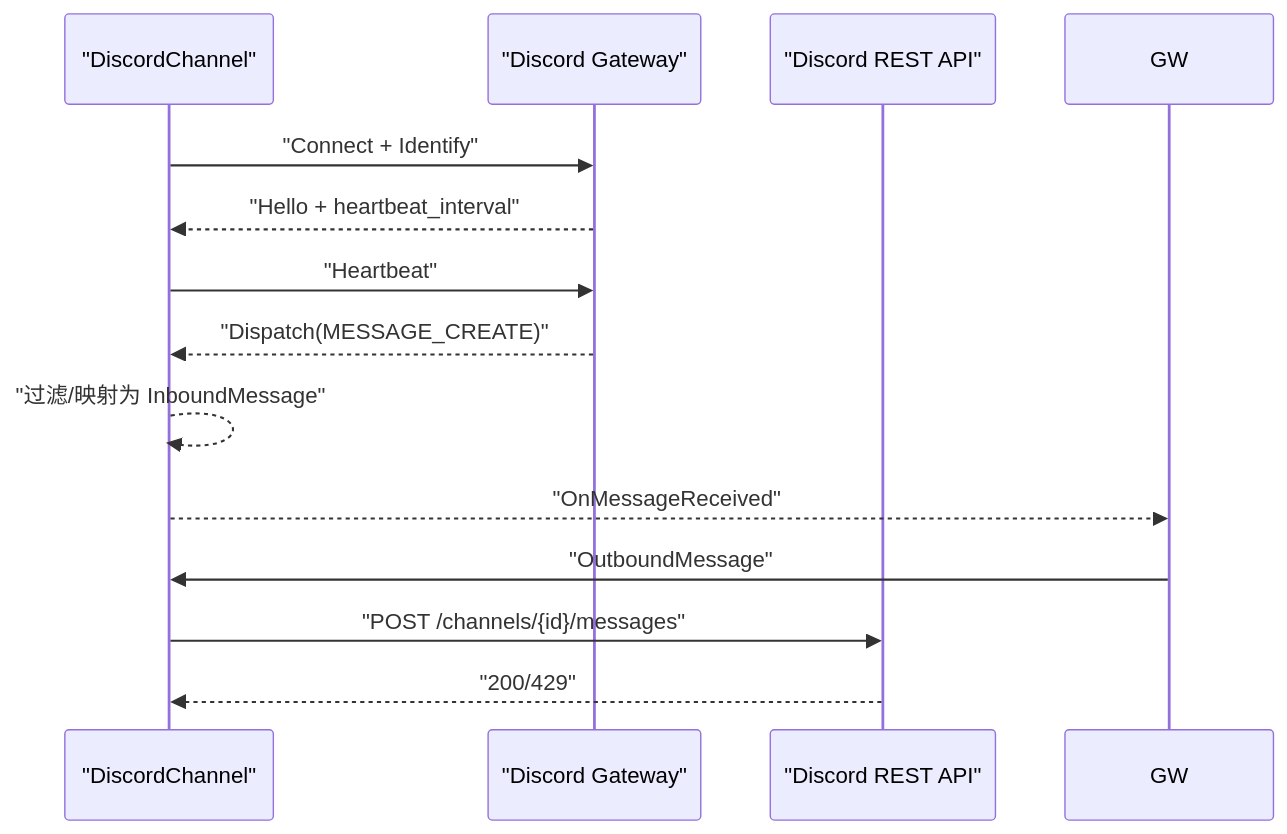
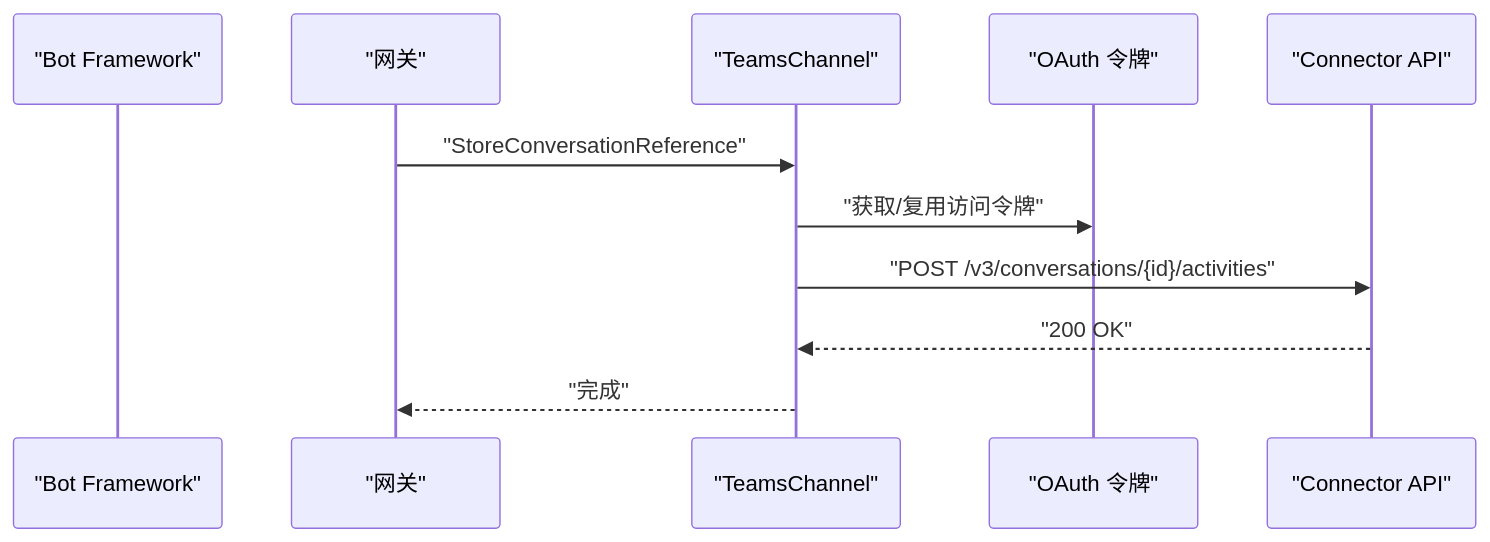
One commit to wayyet/kingcrab changed the seventh of 9 diagrams in .qoder/repowiki/zh/content/通信渠道/通信渠道.md. Above: the diagram before and after it, drawn with Mermaid. The commit also changed other lines of this file and 173 other files, not shown here.

````diff
--- a/.qoder/repowiki/zh/content/通信渠道/通信渠道.md
+++ b/.qoder/repowiki/zh/content/通信渠道/通信渠道.md
@@ -259,15 +270,13 @@
 ```mermaid
 sequenceDiagram
-participant DC as "DiscordChannel"
-participant WS as "Discord Gateway"
-participant API as "Discord REST API"
-DC->>WS : "Connect + Identify"
-WS-->>DC : "Hello + heartbeat_interval"
-DC->>WS : "Heartbeat"
-WS-->>DC : "Dispatch(MESSAGE_CREATE)"
-DC-->>DC : "过滤/映射为 InboundMessage"
-DC-->>GW : "OnMessageReceived"
-GW->>DC : "OutboundMessage"
-DC->>API : "POST /channels/{id}/messages"
-API-->>DC : "200/429"
+participant Teams as "Bot Framework"
+participant GW as "网关"
+participant TMCh as "TeamsChannel"
+participant Token as "OAuth 令牌"
+participant Conn as "Connector API"
+GW->>TMCh : "StoreConversationReference"
+TMCh->>Token : "获取/复用访问令牌"
+TMCh->>Conn : "POST /v3/conversations/{id}/activities"
+Conn-->>TMCh : "200 OK"
+TMCh-->>GW : "完成"
 ```
````
